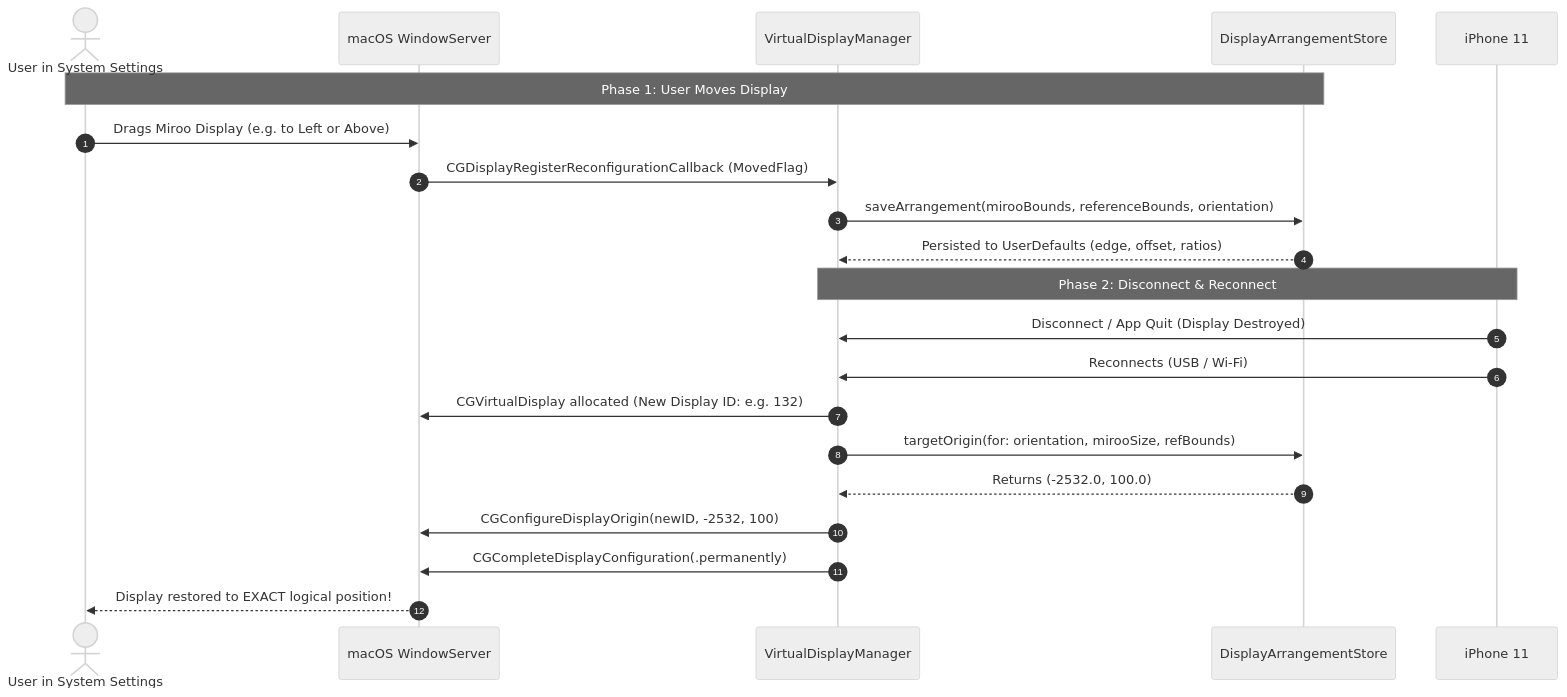
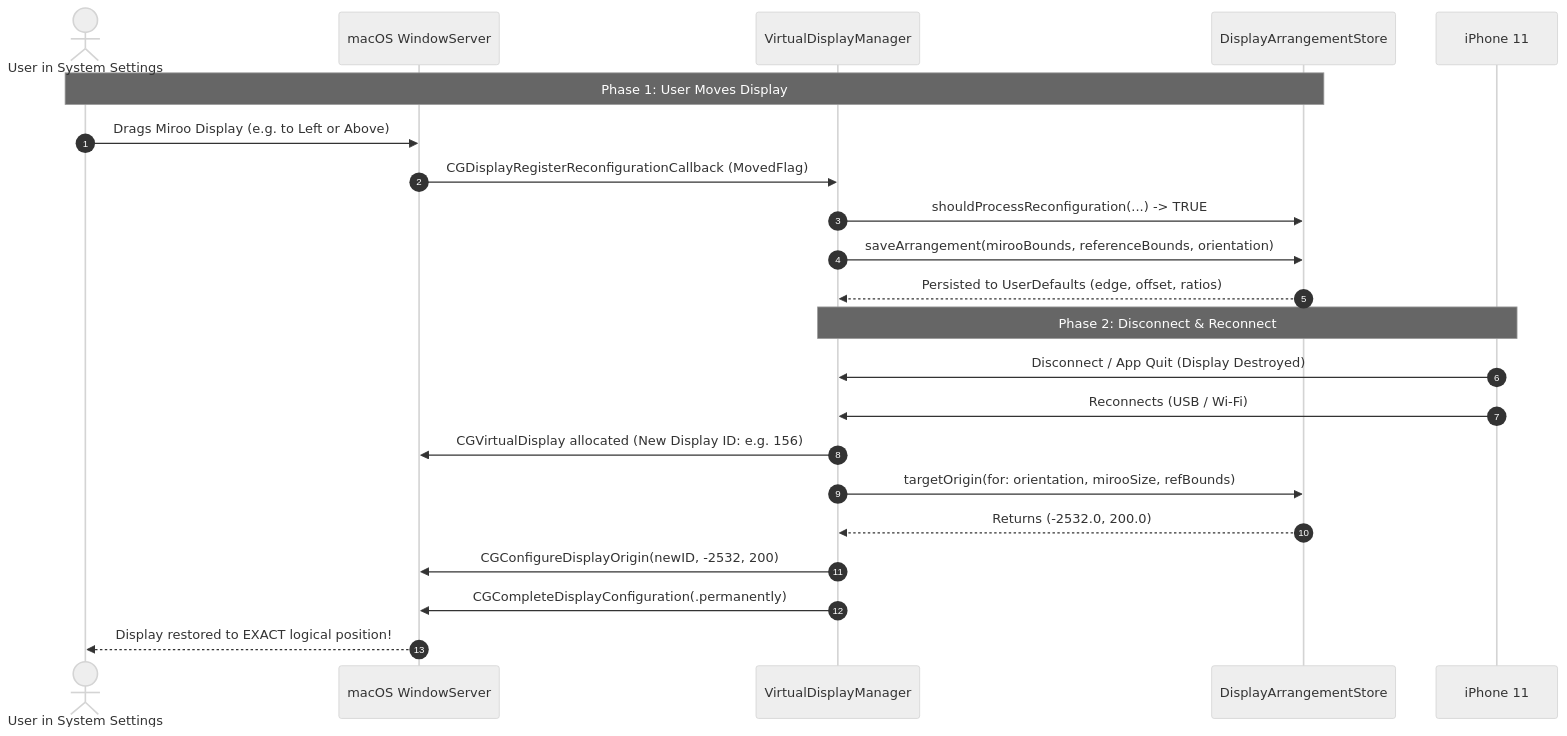
One commit to nurul-hasan27/Miroo changed the diagram in display_arrangement_persistence_report.md. Above: the diagram before and after it, drawn with Mermaid (neutral theme). The commit also changed other lines of this file, not shown here.

Commit message:
docs(display): document arrangement persistence guarantees

````diff
--- a/display_arrangement_persistence_report.md
+++ b/display_arrangement_persistence_report.md
@@ -111,25 +122,26 @@
 ```mermaid
 sequenceDiagram
     autonumber
     actor User as User in System Settings
     participant WS as macOS WindowServer
     participant VDM as VirtualDisplayManager
     participant Store as DisplayArrangementStore
     participant Phone as iPhone 11
 
     Note over User, Store: Phase 1: User Moves Display
     User->>WS: Drags Miroo Display (e.g. to Left or Above)
     WS->>VDM: CGDisplayRegisterReconfigurationCallback (MovedFlag)
+    VDM->>Store: shouldProcessReconfiguration(...) -> TRUE
     VDM->>Store: saveArrangement(mirooBounds, referenceBounds, orientation)
     Store-->>VDM: Persisted to UserDefaults (edge, offset, ratios)
 
     Note over Phone, VDM: Phase 2: Disconnect & Reconnect
     Phone->>VDM: Disconnect / App Quit (Display Destroyed)
     Phone->>VDM: Reconnects (USB / Wi-Fi)
-    VDM->>WS: CGVirtualDisplay allocated (New Display ID: e.g. 132)
+    VDM->>WS: CGVirtualDisplay allocated (New Display ID: e.g. 156)
     VDM->>Store: targetOrigin(for: orientation, mirooSize, refBounds)
-    Store-->>VDM: Returns (-2532.0, 100.0)
-    VDM->>WS: CGConfigureDisplayOrigin(newID, -2532, 100)
+    Store-->>VDM: Returns (-2532.0, 200.0)
+    VDM->>WS: CGConfigureDisplayOrigin(newID, -2532, 200)
     VDM->>WS: CGCompleteDisplayConfiguration(.permanently)
     WS-->>User: Display restored to EXACT logical position!
 ```
````
